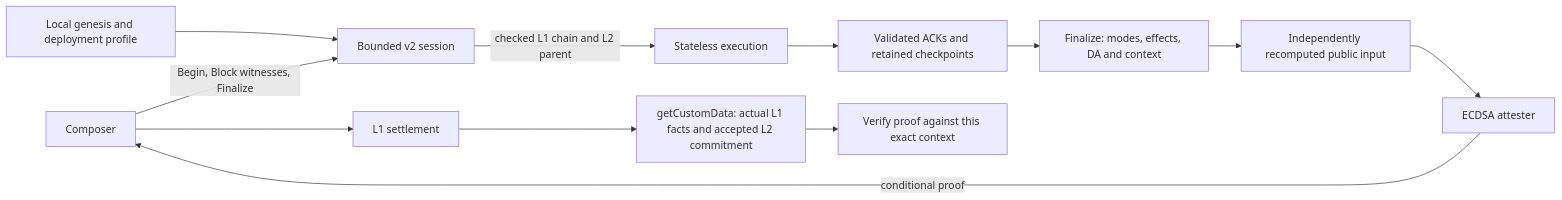
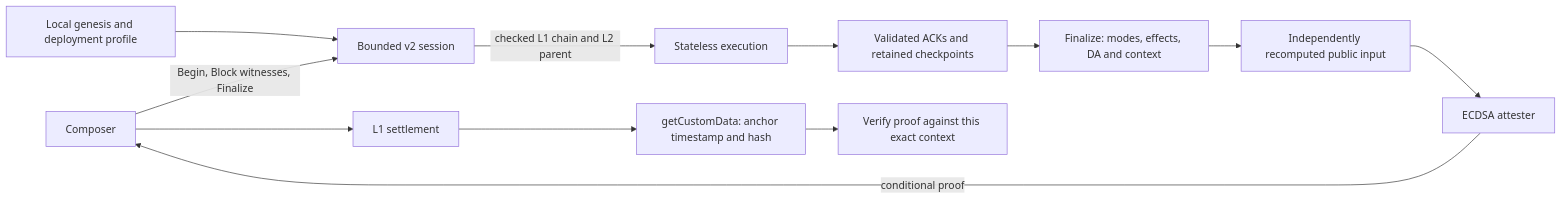
The diagram in crates/eez-proof-signer/docs/architecture.md (eez-association/eez-rollupX), drawn with Mermaid before and after one commit. The commit also changed other lines of this file and 136 other files, not shown here.

````diff
--- a/crates/eez-proof-signer/docs/architecture.md
+++ b/crates/eez-proof-signer/docs/architecture.md
@@ -8,14 +8,14 @@
 ```mermaid
 flowchart LR
     C[Composer] -->|Begin, Block witnesses, Finalize| S[Bounded v2 session]
     P[Local genesis and deployment profile] --> S
     S -->|checked L1 chain and L2 parent| E[Stateless execution]
     E --> A[Validated ACKs and retained checkpoints]
     A --> F[Finalize: modes, effects, DA and context]
     F --> H[Independently recomputed public input]
     H --> K[ECDSA attester]
     K -->|conditional proof| C
     C --> L[L1 settlement]
-    L --> G[getCustomData: actual L1 facts and accepted L2 commitment]
+    L --> G[getCustomData: anchor timestamp and hash]
     G --> V[Verify proof against this exact context]
 ```
````
